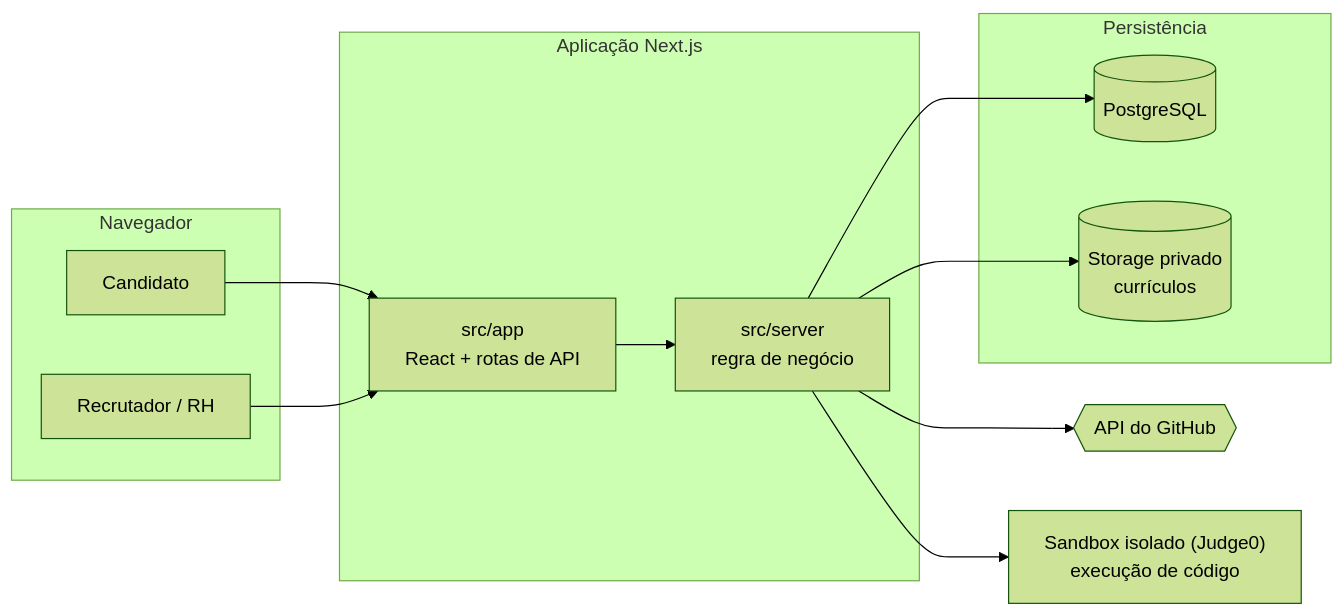
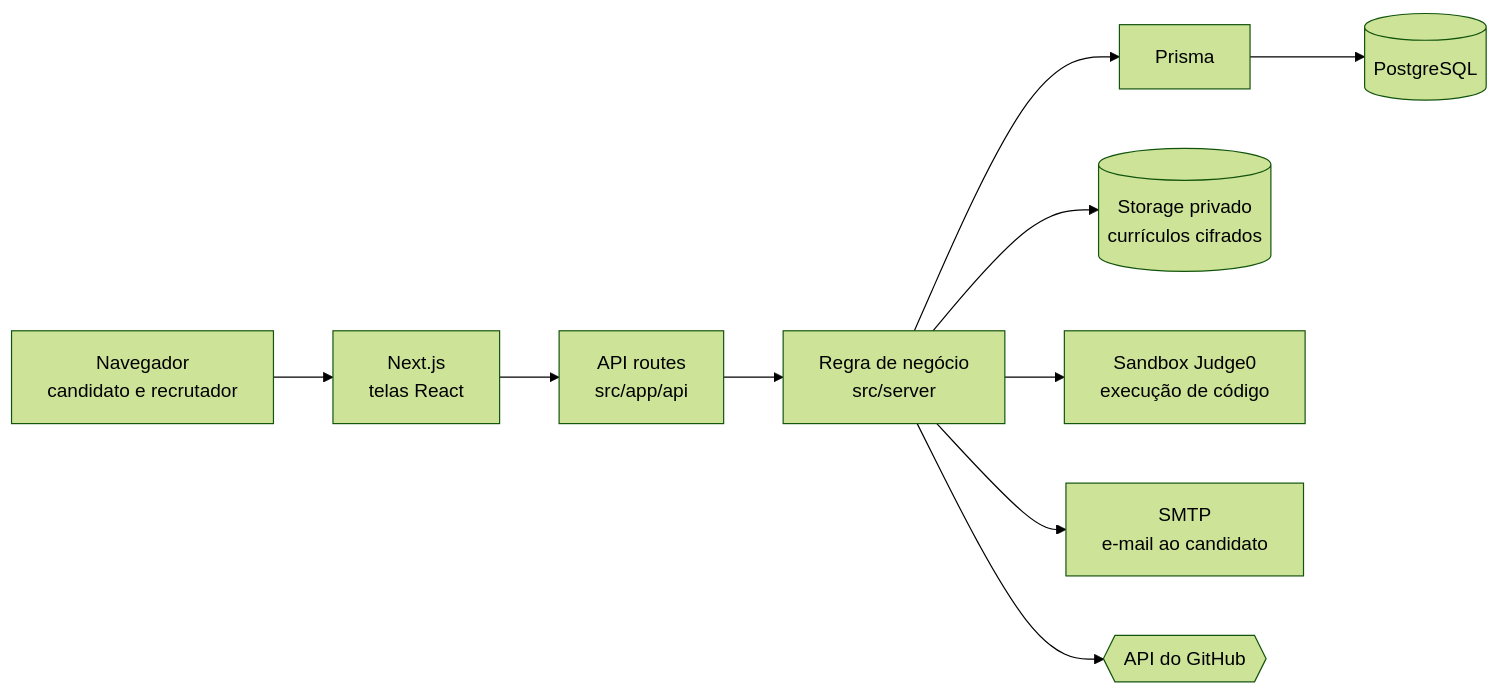
The diagram in README.md (daviferreira-dev/CLTech), drawn with Mermaid (forest theme) before and after one commit. The commit also changed other lines of this file and 7 other files, not shown here.

Commit message:
docs: README novo, templates do GitHub e skill do projeto

````diff
--- a/README.md
+++ b/README.md
@@ -100,28 +113,11 @@
 ```mermaid
 flowchart LR
-    subgraph nav ["Navegador"]
-        C["Candidato"]
-        R["Recrutador / RH"]
-    end
-
-    subgraph app ["Aplicação Next.js"]
-        F["src/app<br/>React + rotas de API"]
-        B["src/server<br/>regra de negócio"]
-    end
-
-    subgraph dados ["Persistência"]
-        DB[("PostgreSQL")]
-        S[("Storage privado<br/>currículos")]
-    end
-
-    GH{{"API do GitHub"}}
-    SB["Sandbox isolado (Judge0)<br/>execução de código"]
-
-    C --> F
-    R --> F
-    F --> B
-    B --> DB
-    B --> S
-    B --> GH
-    B --> SB
+    U["Navegador<br/>candidato e recrutador"] --> N["Next.js<br/>telas React"]
+    N --> A["API routes<br/>src/app/api"]
+    A --> S["Regra de negócio<br/>src/server"]
+    S --> P["Prisma"] --> DB[("PostgreSQL")]
+    S --> ST[("Storage privado<br/>currículos cifrados")]
+    S --> SB["Sandbox Judge0<br/>execução de código"]
+    S --> M["SMTP<br/>e-mail ao candidato"]
+    S --> GH{{"API do GitHub"}}
 ```
````
